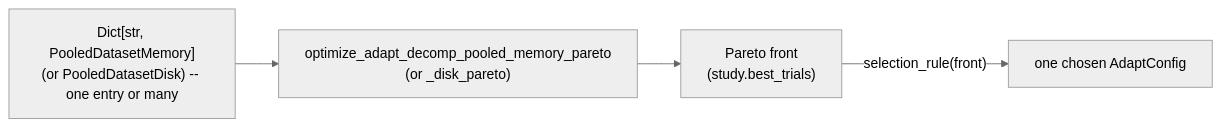
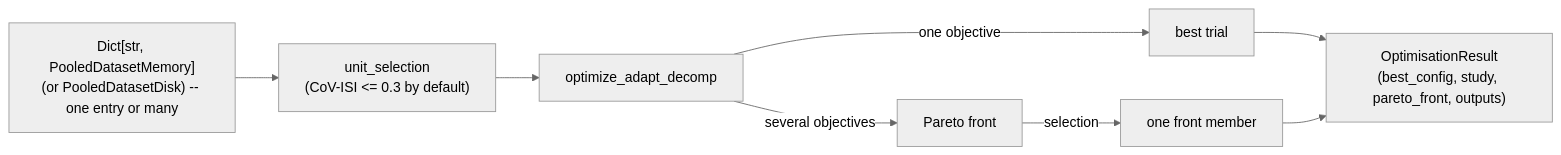
One commit to imendezguerra/adapt_decomp changed the diagram in docs/optimisation.md. Above: the diagram before and after it, drawn with Mermaid (neutral theme). The commit also changed other lines of this file and 22 other files, not shown here.

Commit message:
added forward/backward pass, unit selection before optimisation, and more efficient optimisation

````diff
--- a/docs/optimisation.md
+++ b/docs/optimisation.md
@@ -314,6 +43,10 @@
 ```mermaid
 flowchart LR
-    D["Dict[str, PooledDatasetMemory]\n(or PooledDatasetDisk) -- one entry or many"] --> O["optimize_adapt_decomp_pooled_memory_pareto\n(or _disk_pareto)"]
-    O --> F["Pareto front\n(study.best_trials)"]
-    F -->|"selection_rule(front)"| C["one chosen AdaptConfig"]
+    D["Dict[str, PooledDatasetMemory]\n(or PooledDatasetDisk) -- one entry or many"] --> S["unit_selection\n(CoV-ISI <= 0.3 by default)"]
+    S --> O["optimize_adapt_decomp"]
+    O -->|"one objective"| R1["best trial"]
+    O -->|"several objectives"| F["Pareto front"]
+    F -->|"selection"| R2["one front member"]
+    R1 --> B["OptimisationResult\n(best_config, study, pareto_front, outputs)"]
+    R2 --> B
 ```
````
